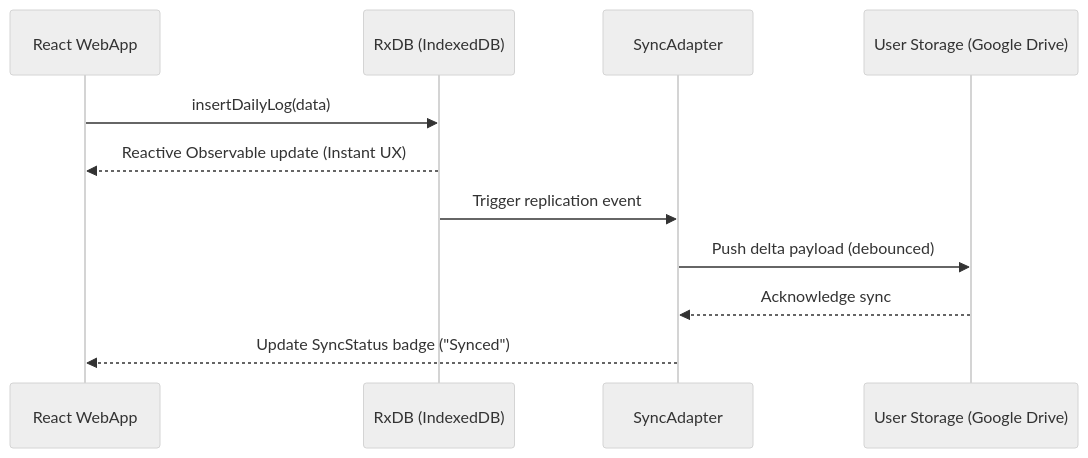
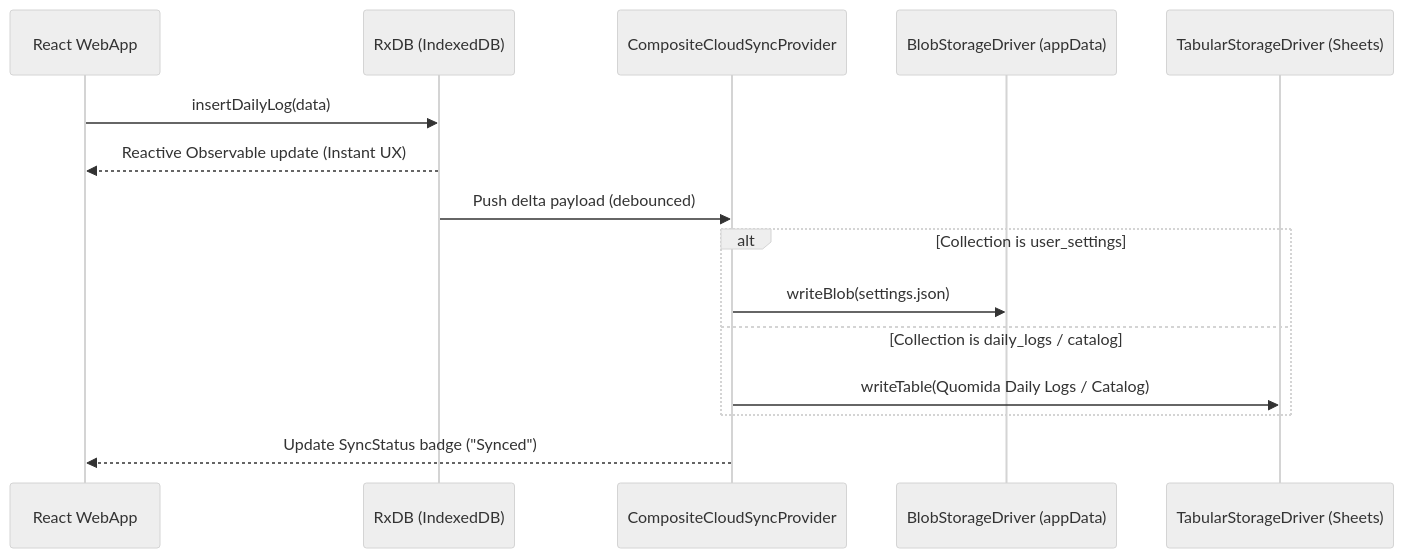
Before and after one commit to qozara/quomida: the third of 3 diagrams in docs/ARCHITECTURE.md, drawn with Mermaid (neutral theme). The commit also changed other lines of this file and 96 other files, not shown here.

First line of the commit message:
Feature/google drive sync connector (#13)

````diff
--- a/docs/ARCHITECTURE.md
+++ b/docs/ARCHITECTURE.md
@@ -125,14 +126,18 @@
 ```mermaid
 sequenceDiagram
     participant UI as React WebApp
     participant DB as RxDB (IndexedDB)
-    participant Sync as SyncAdapter
-    participant Remote as User Storage (Google Drive)
+    participant Sync as CompositeCloudSyncProvider
+    participant Blob as BlobStorageDriver (appData)
+    participant Tabular as TabularStorageDriver (Sheets)
 
     UI->>DB: insertDailyLog(data)
     DB-->>UI: Reactive Observable update (Instant UX)
-    DB->>Sync: Trigger replication event
-    Sync->>Remote: Push delta payload (debounced)
-    Remote-->>Sync: Acknowledge sync
+    DB->>Sync: Push delta payload (debounced)
+    alt Collection is user_settings
+        Sync->>Blob: writeBlob(settings.json)
+    else Collection is daily_logs / catalog
+        Sync->>Tabular: writeTable(Quomida Daily Logs / Catalog)
+    end
     Sync-->>UI: Update SyncStatus badge ("Synced")
 ```
````
